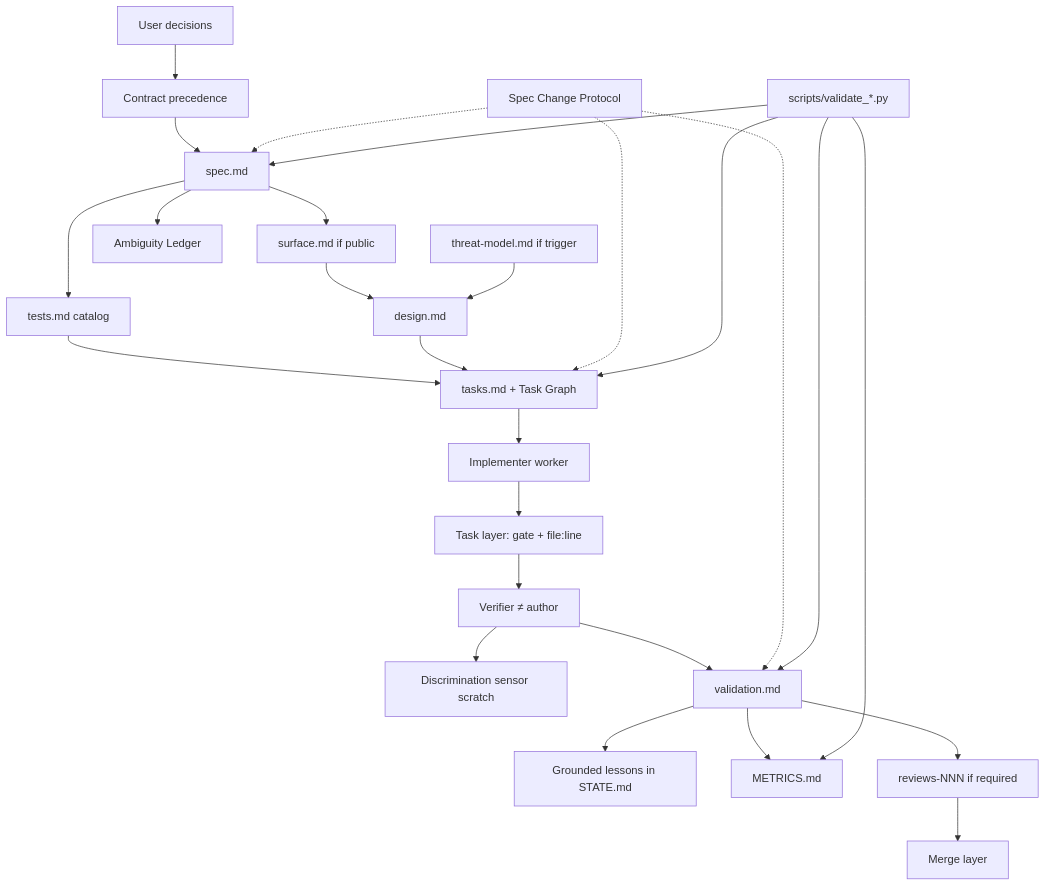
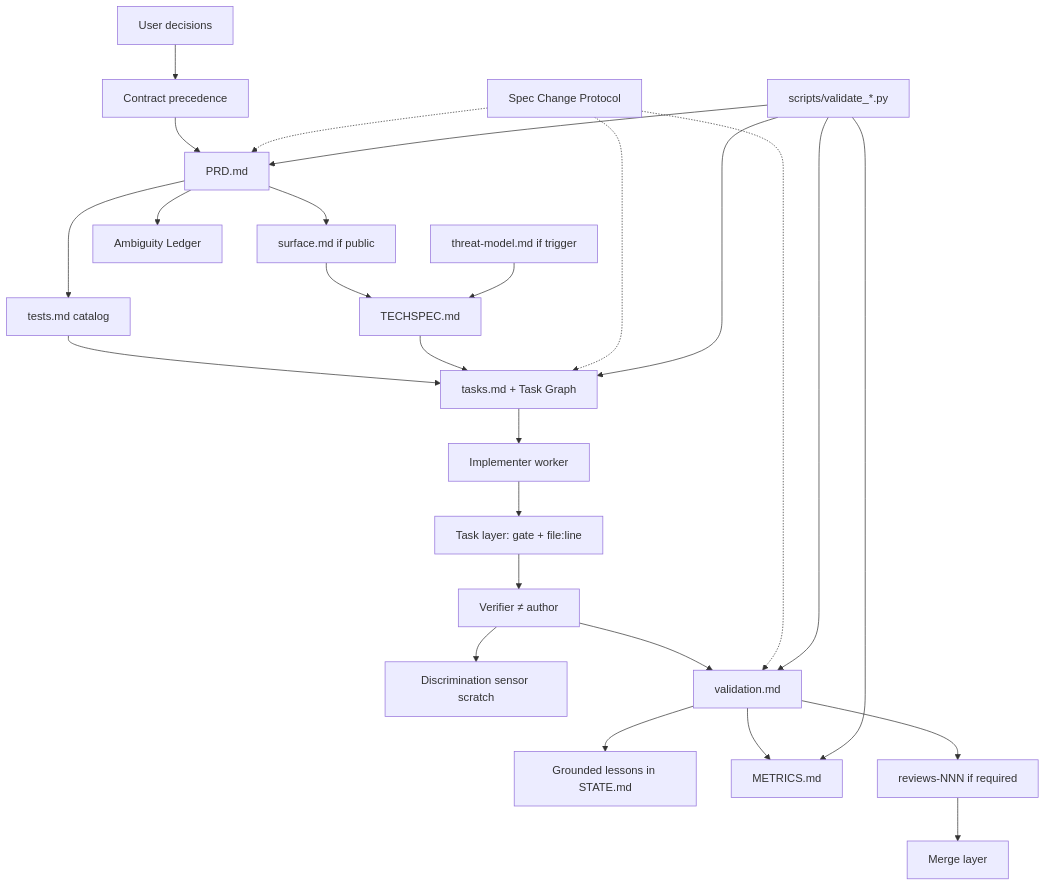
The second of 2 diagrams in pulse/skills/pulse-spec-driven/references/architecture.md (Largo-m/pulse.ai), drawn with Mermaid before and after one commit. The commit also changed other lines of this file and 102 other files, not shown here.

First line of the commit message:
refactor(agents): renomear specify -> PRD e design -> Techspec

````diff
--- a/pulse/skills/pulse-spec-driven/references/architecture.md
+++ b/pulse/skills/pulse-spec-driven/references/architecture.md
@@ -29,28 +29,28 @@
 ```mermaid
 flowchart TB
   User[User decisions] --> Prec[Contract precedence]
-  Prec --> Spec[spec.md]
+  Prec --> Spec[PRD.md]
   Spec --> Surface[surface.md if public]
   Spec --> Tests[tests.md catalog]
   Spec --> Ledger[Ambiguity Ledger]
-  Surface --> Design[design.md]
+  Surface --> Techspec[TECHSPEC.md]
   Tests --> TaskGraph[tasks.md + Task Graph]
-  Design --> TaskGraph
-  TM[threat-model.md if trigger] --> Design
+  Techspec --> TaskGraph
+  TM[threat-model.md if trigger] --> Techspec
   TaskGraph --> Impl[Implementer worker]
   Impl --> TaskDone[Task layer: gate + file:line]
   TaskDone --> Verifier[Verifier ≠ author]
   Verifier --> Sensor[Discrimination sensor scratch]
   Verifier --> Val[validation.md]
   Val --> Lessons[Grounded lessons in STATE.md]
   Val --> Metrics[METRICS.md]
   Val --> Review[reviews-NNN if required]
   Review --> Merge[Merge layer]
   SC[Spec Change Protocol] -.-> Spec
   SC -.-> TaskGraph
   SC -.-> Val
   Gates[scripts/validate_*.py] --> Spec
   Gates --> TaskGraph
   Gates --> Val
   Gates --> Metrics
 ```
````
